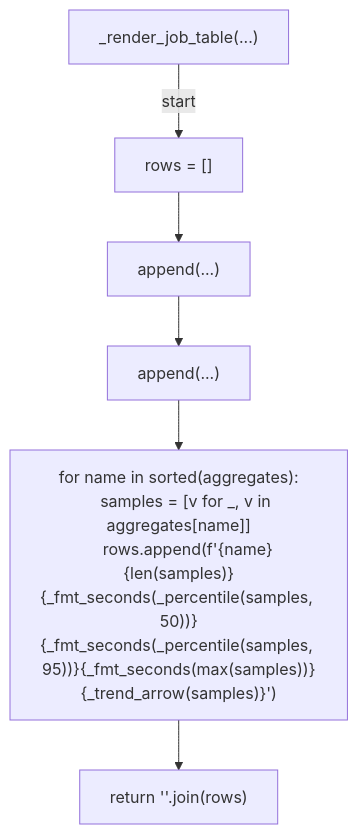
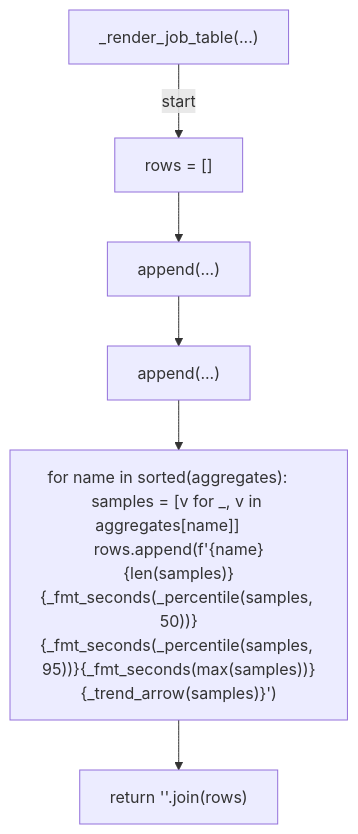
Before and after one commit to tvna/claude-md: diagram 13 of 25 in docs/generated/scripts/ast/analyze_ci_timings.md, drawn with Mermaid. The commit also changed other lines of this file and 20 other files, not shown here.

First line of the commit message:
docs(generated): regenerate decision tree and workflow diagrams (batch 1/5)

````diff
--- a/docs/generated/scripts/ast/analyze_ci_timings.md
+++ b/docs/generated/scripts/ast/analyze_ci_timings.md
@@ -306,16 +231,14 @@
 ```mermaid
 flowchart TD
     N001["_render_job_table(...)"]
     N002["rows = []"]
     N003["append(...)"]
     N004["append(...)"]
-    N005["for name in sorted(aggregates):
-    samples = [v for _, v in aggregates[name]]
-    rows.append(f'<str>{name}<str>{len(samples)}<str>{_fmt_seconds(_percentile(samples, 50))}<str>{_fmt_seconds(_percentile(samples, 95))}<str>{_fmt_seconds(max(samples))}<str>{_trend_arrow(samples)}<str>')"]
+    N005["for name in sorted(aggregates):     samples = [v for _, v in aggregates[name]]     rows.append(f'<str>{name}<str>{len(samples)}<str>{_fmt_seconds(_percentile(samples, 50))}<str>{_fmt_seconds(_percentile(samples, 95))}<str>{_fmt_seconds(max(samples))}<str>{_trend_arrow(samples)}<str>')"]
     N006["return '<str>'.join(rows)"]
     N001 -->|"start"| N002
     N002 --> N003
     N003 --> N004
     N004 --> N005
     N005 --> N006
 ```
````
